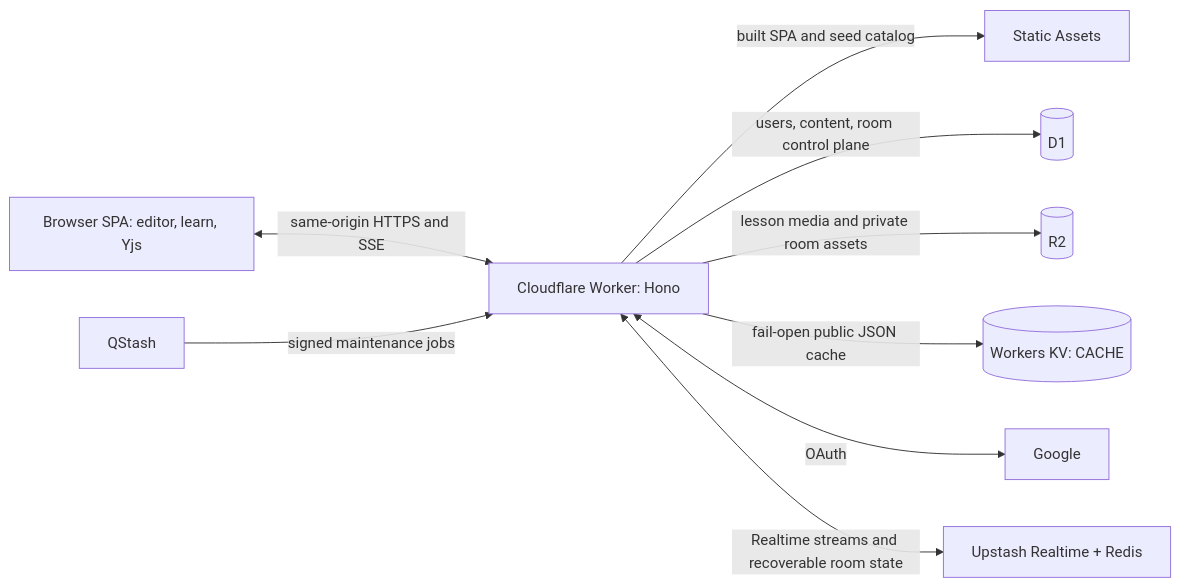
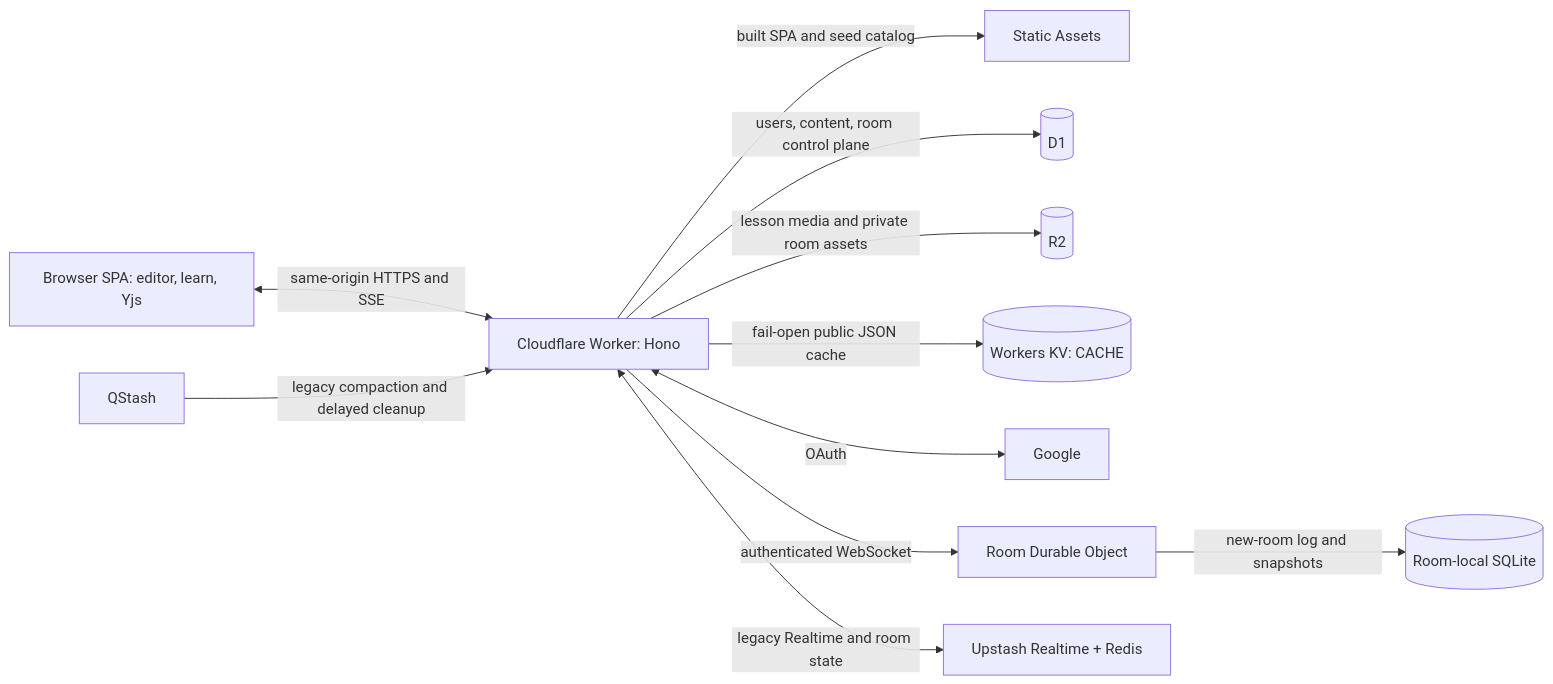
One commit to channyeintun/next-editor changed the diagram in docs/cloudflare-architecture.md. Above: the diagram before and after it, drawn with Mermaid. The commit also changed other lines of this file and 6 other files, not shown here.

Commit message:
docs(collaboration): document SQLite room durability

````diff
--- a/docs/cloudflare-architecture.md
+++ b/docs/cloudflare-architecture.md
@@ -67,11 +67,13 @@
 ```mermaid
 flowchart LR
     Browser[Browser SPA: editor, learn, Yjs] <-->|same-origin HTTPS and SSE| Worker[Cloudflare Worker: Hono]
     Worker -->|built SPA and seed catalog| Assets[Static Assets]
     Worker -->|users, content, room control plane| D1[(D1)]
     Worker -->|lesson media and private room assets| R2[(R2)]
     Worker -->|fail-open public JSON cache| KV[(Workers KV: CACHE)]
     Worker <-->|OAuth| Google[Google]
-    Worker <-->|Realtime streams and recoverable room state| Upstash[Upstash Realtime + Redis]
-    QStash[QStash] -->|signed maintenance jobs| Worker
+    Worker -->|authenticated WebSocket| Room[Room Durable Object]
+    Room -->|new-room log and snapshots| SQL[(Room-local SQLite)]
+    Worker <-->|legacy Realtime and room state| Upstash[Upstash Realtime + Redis]
+    QStash[QStash] -->|legacy compaction and delayed cleanup| Worker
 ```
````
